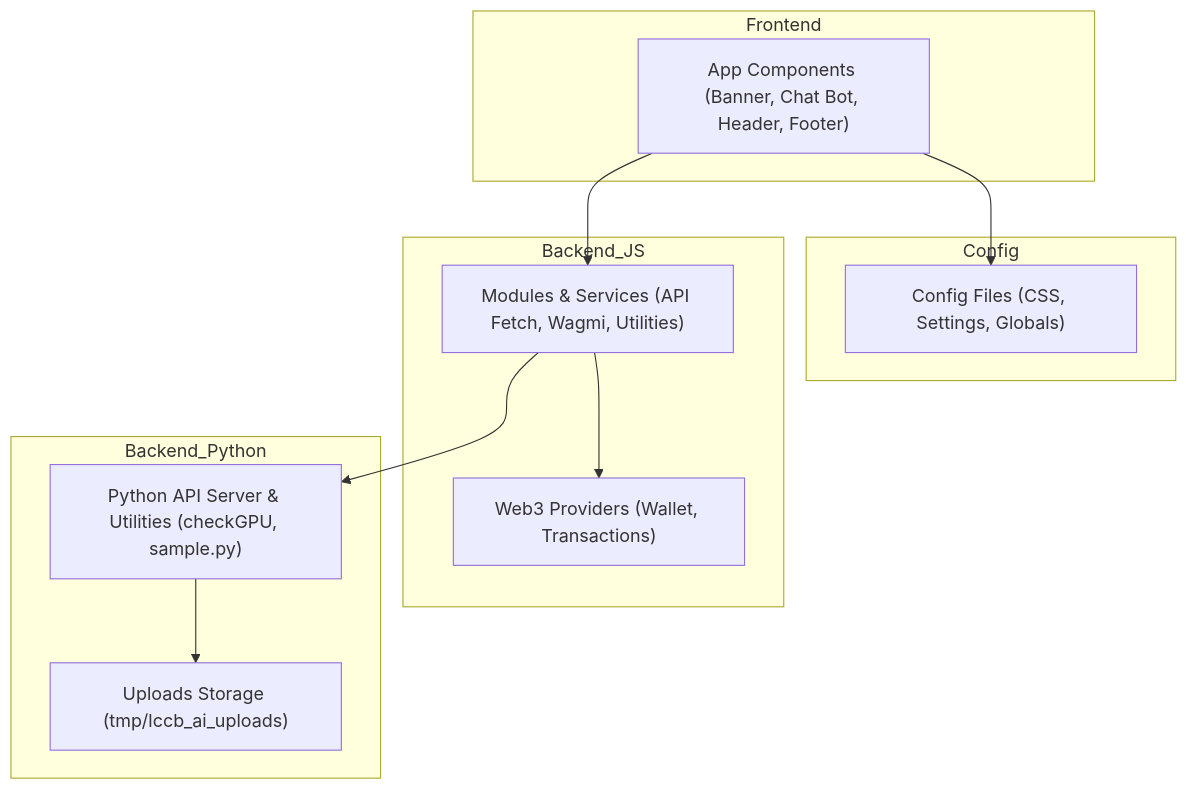
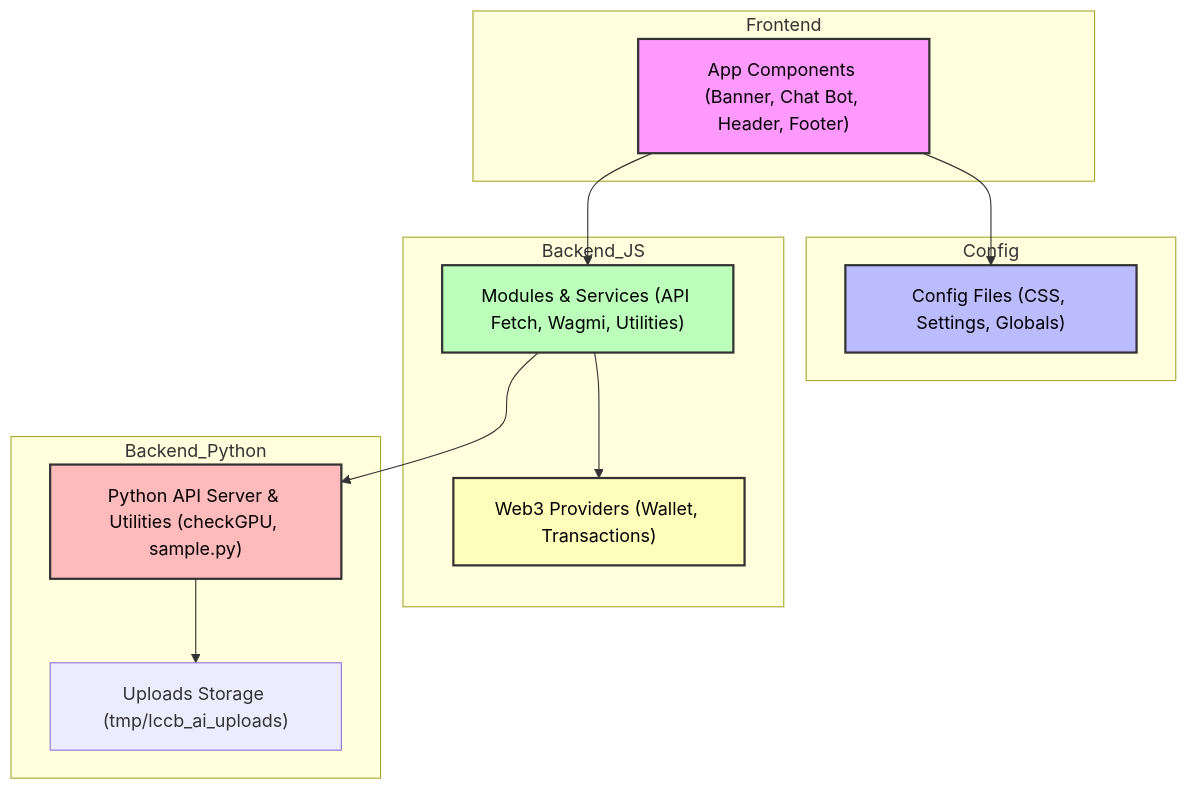
Before and after one commit to cordyStackX/lccb_ai: the diagram in README.md, drawn with Mermaid.

````diff
--- a/README.md
+++ b/README.md
@@ -45,27 +45,33 @@
 ```mermaid
 flowchart TD
     subgraph Frontend
         A["App Components (Banner, Chat Bot, Header, Footer)"]
     end
 
     subgraph Config
         B["Config Files (CSS, Settings, Globals)"]
     end
 
     subgraph Backend_JS
         C["Modules & Services (API Fetch, Wagmi, Utilities)"]
         D["Web3 Providers (Wallet, Transactions)"]
     end
 
     subgraph Backend_Python
         E["Python API Server & Utilities (checkGPU, sample.py)"]
         F["Uploads Storage (tmp/lccb_ai_uploads)"]
     end
 
-    %% Connections
+%% Connections
     A --> C
     A --> B
     C --> D
     C --> E
     E --> F
+%% Styling nodes
+    style A fill:#f9f,stroke:#333,stroke-width:2px,color:#000
+    style B fill:#bbf,stroke:#333,stroke-width:2px,color:#000
+    style C fill:#bfb,stroke:#333,stroke-width:2px,color:#000
+    style D fill:#ffb,stroke:#333,stroke-width:2px,color:#000
+    style E fill:#fbb,stroke:#333,stroke-width:2px,color:#000
 ```
````
